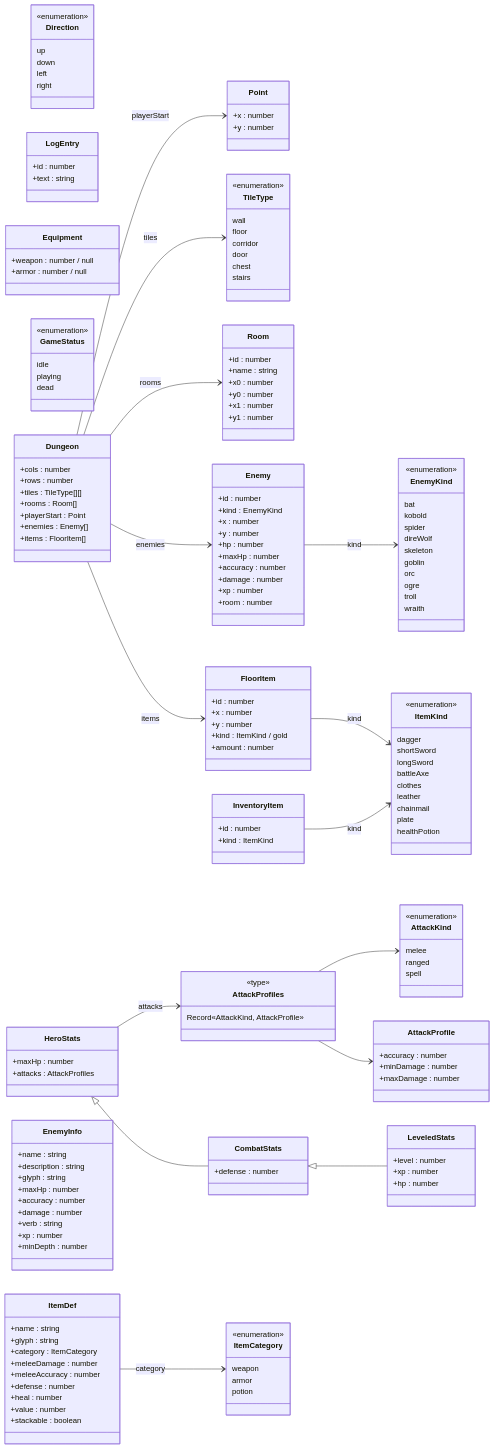
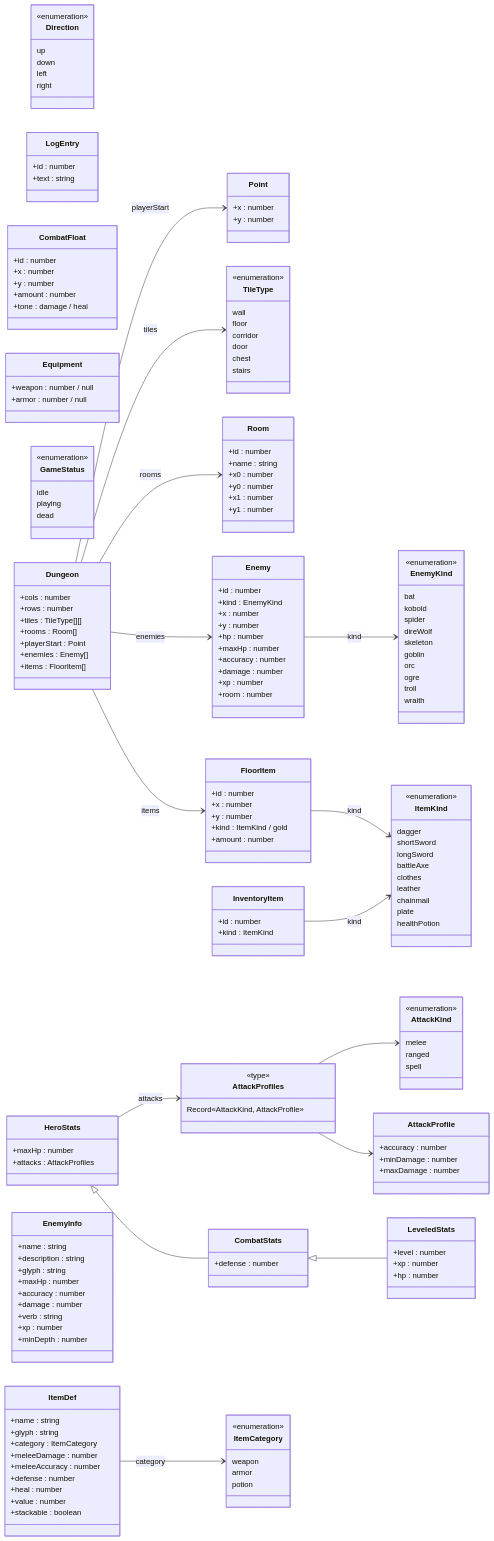
The first of 4 diagrams in docs/DOMAIN_MODEL.md (norarcasey/legends-of-noragon), drawn with Mermaid before and after one commit. The commit also changed other lines of this file and 4 other files, not shown here.

```diff
--- a/docs/DOMAIN_MODEL.md
+++ b/docs/DOMAIN_MODEL.md
@@ -62,6 +62,13 @@
   class LogEntry {
     +id : number
     +text : string
+  }
+  class CombatFloat {
+    +id : number
+    +x : number
+    +y : number
+    +amount : number
+    +tone : damage / heal
   }
   class InventoryItem {
     +id : number
```
